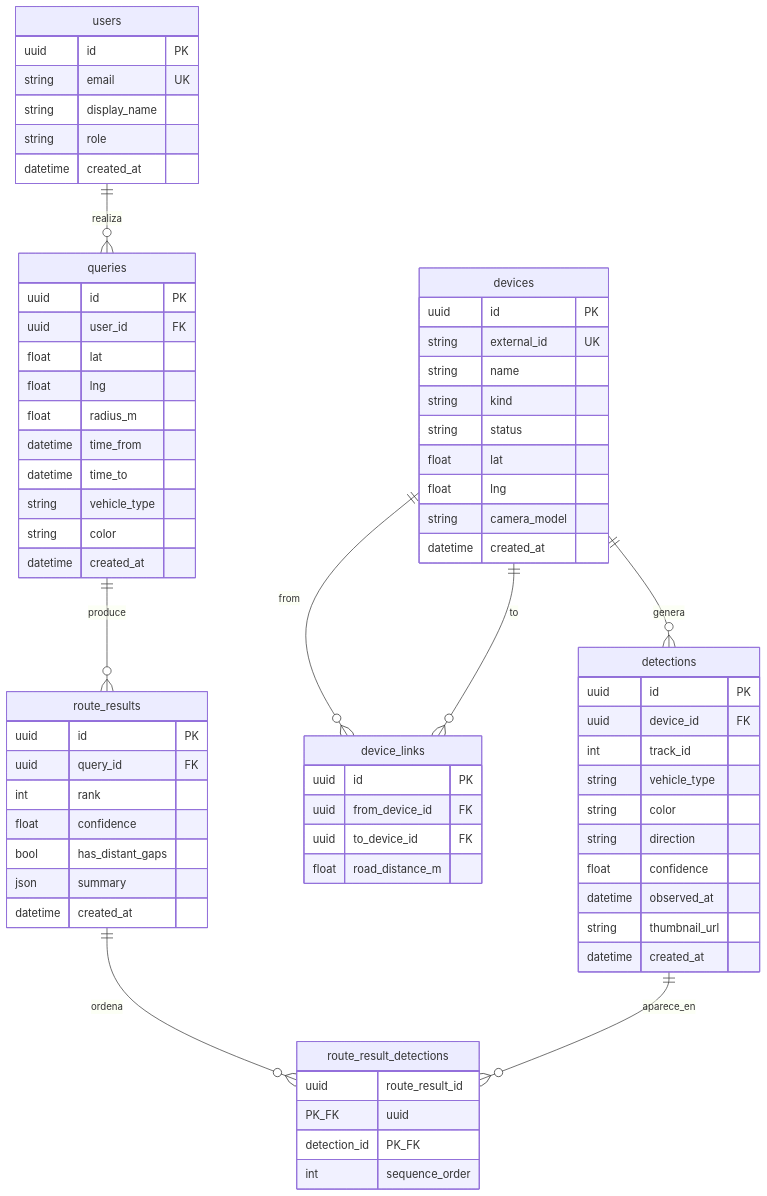
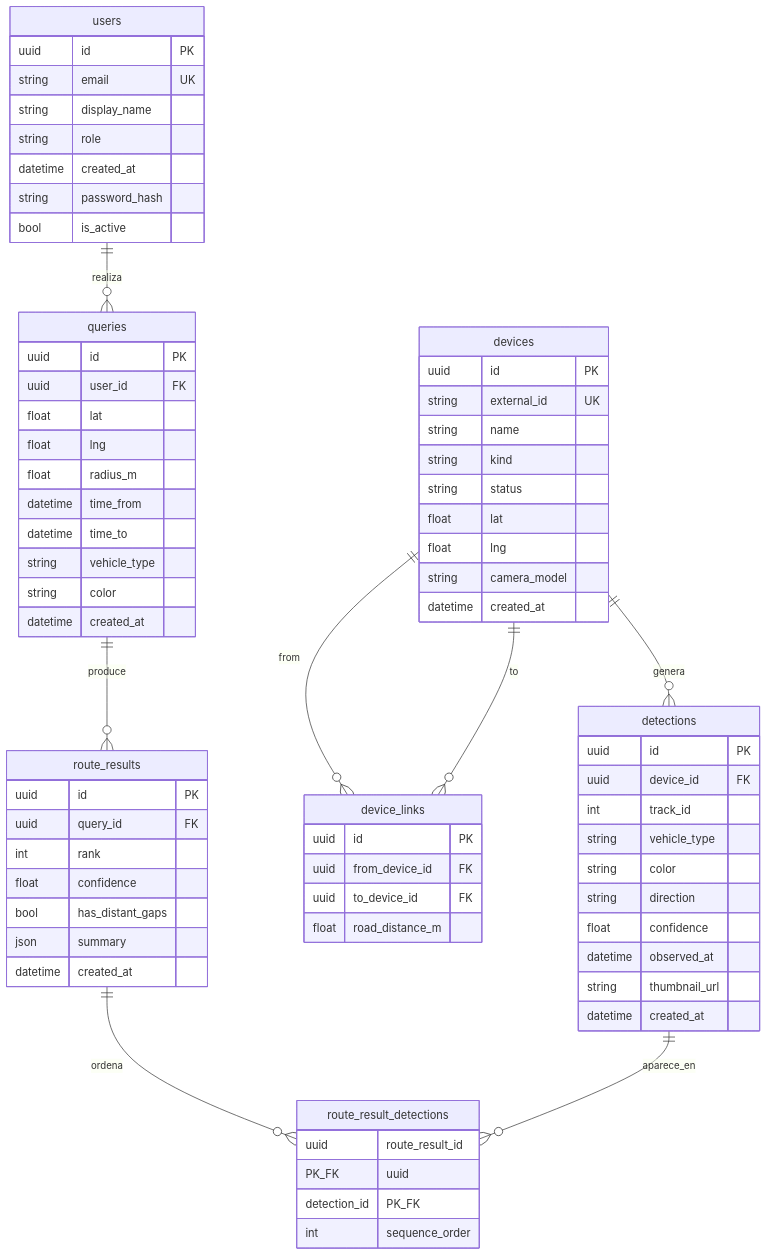
Before and after one commit to cfvizcaino/py_vigia: the diagram in docs/architecture/data-model.md, drawn with Mermaid. The commit also changed other lines of this file and 47 other files, not shown here.

````diff
--- a/docs/architecture/data-model.md
+++ b/docs/architecture/data-model.md
@@ -19,79 +19,81 @@
 ```mermaid
 erDiagram
     users ||--o{ queries : "realiza"
     devices ||--o{ detections : "genera"
     devices ||--o{ device_links : "from"
     devices ||--o{ device_links : "to"
     queries ||--o{ route_results : "produce"
     route_results ||--o{ route_result_detections : "ordena"
     detections ||--o{ route_result_detections : "aparece_en"
 
     users {
         uuid id PK
         string email UK
         string display_name
         string role
         datetime created_at
+        string password_hash
+        bool is_active
     }
 
     devices {
         uuid id PK
         string external_id UK
         string name
         string kind
         string status
         float lat
         float lng
         string camera_model
         datetime created_at
     }
 
     device_links {
         uuid id PK
         uuid from_device_id FK
         uuid to_device_id FK
         float road_distance_m
     }
 
     detections {
         uuid id PK
         uuid device_id FK
         int track_id
         string vehicle_type
         string color
         string direction
         float confidence
         datetime observed_at
         string thumbnail_url
         datetime created_at
     }
 
     queries {
         uuid id PK
         uuid user_id FK
         float lat
         float lng
         float radius_m
         datetime time_from
         datetime time_to
         string vehicle_type
         string color
         datetime created_at
     }
 
     route_results {
         uuid id PK
         uuid query_id FK
         int rank
         float confidence
         bool has_distant_gaps
         json summary
         datetime created_at
     }
 
     route_result_detections {
         uuid route_result_id PK_FK
         uuid detection_id PK_FK
         int sequence_order
     }
 ```
````
